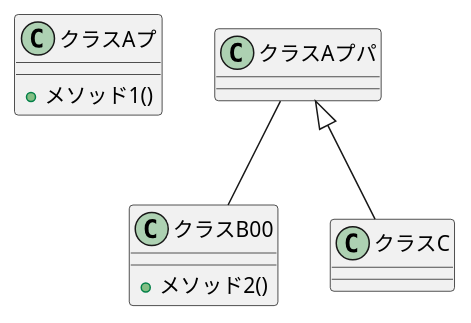
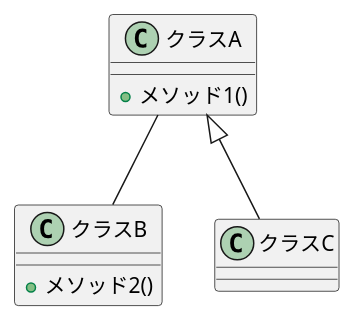
One commit to azarasi/asciidoctor-sample changed the first of 4 diagrams in sample/sample-diagram.adoc. Above: the diagram before and after it, drawn with PlantUML. The commit also changed other lines of this file and 3 other files, not shown here.

```diff
--- a/sample/sample-diagram.adoc
+++ b/sample/sample-diagram.adoc
@@ -148,19 +152,19 @@
 [plantuml,fig3-classdiagram,svg]
 ....
 @startuml
 skinparam {
   defaultFontName "mplus-1c-regular"
 }
 
-class "クラスAプ" {
+class "クラスA" {
   +メソッド1()
 }
-class "クラスB00" {
+class "クラスB" {
   +メソッド2()
 }
 class "クラスC" {
 }
-"クラスAプパ" -- "クラスB00"
-"クラスAプパ" <|-- "クラスC"
+"クラスA" -- "クラスB"
+"クラスA" <|-- "クラスC"
 @enduml
 ....
```
